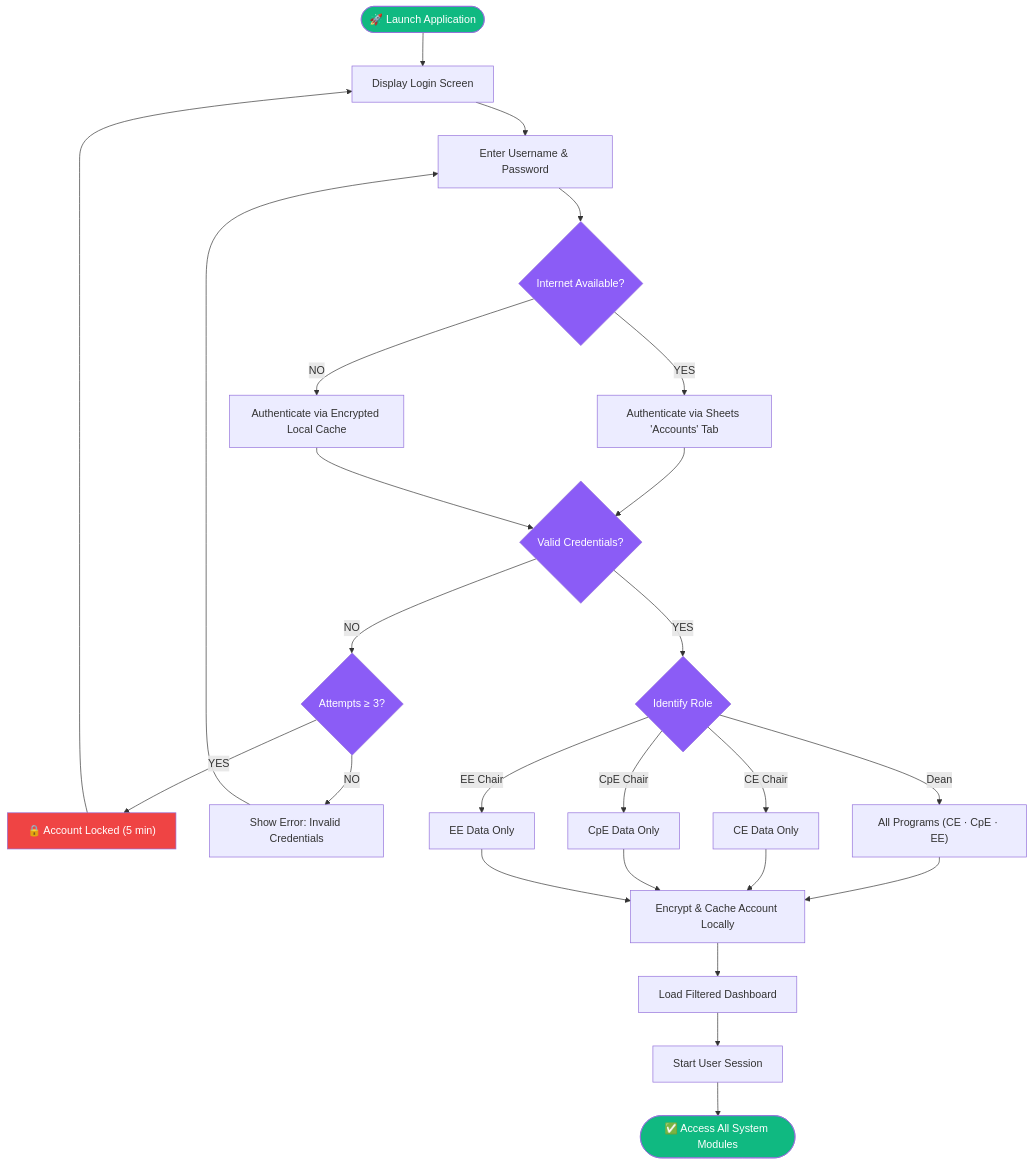
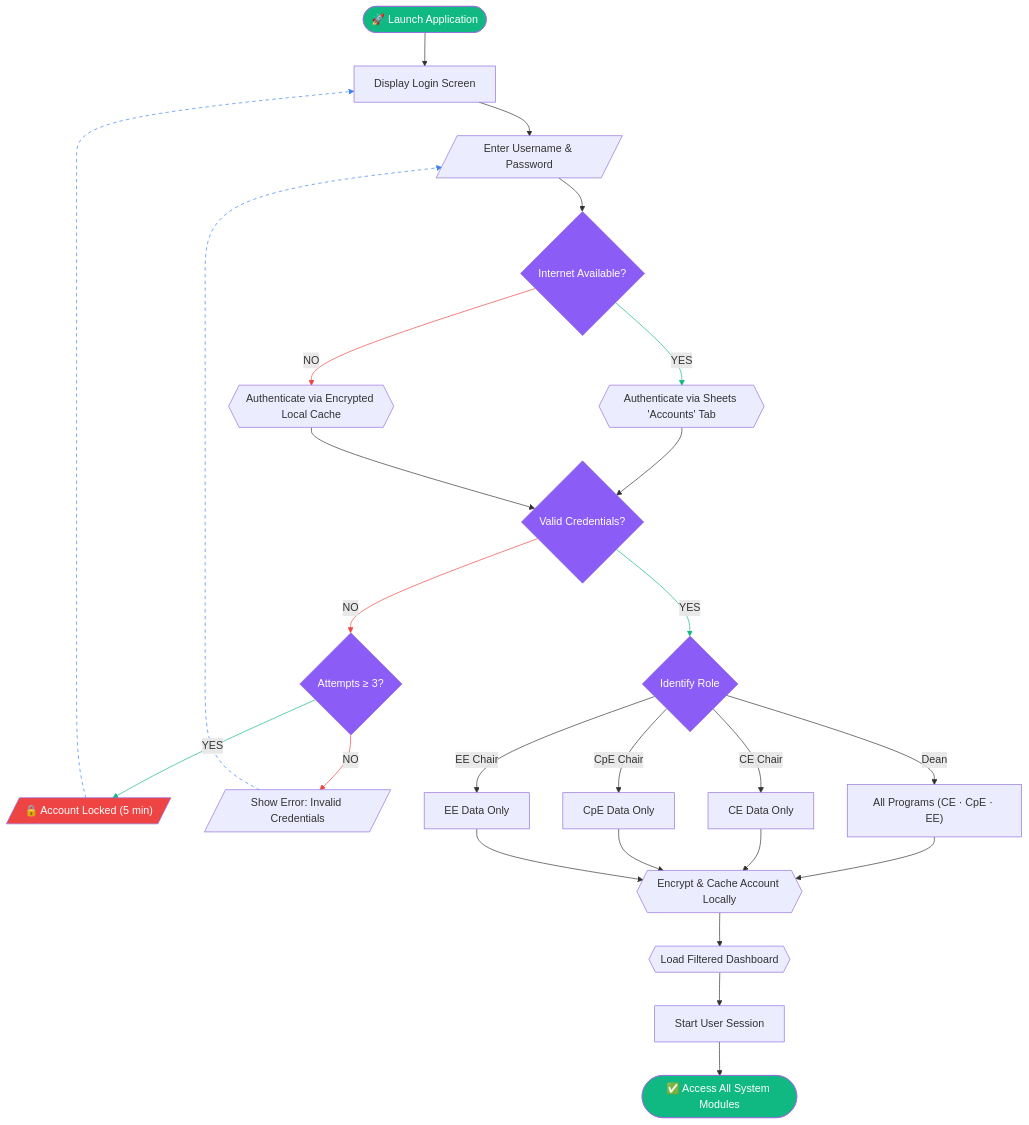
One commit to rakuya-khun/alumni-db changed the second of 10 diagrams in docs/technical/alumni-db-flowcharts.md. Above: the diagram before and after it, drawn with Mermaid. The commit also changed other lines of this file, not shown here.

Commit message:
docs: flowchart mermaid markdown shape adjustment

````diff
--- a/docs/technical/alumni-db-flowcharts.md
+++ b/docs/technical/alumni-db-flowcharts.md
@@ -91,32 +96,40 @@
 ```mermaid
 flowchart TD
     A([🚀 Launch Application]) --> B[Display Login Screen]
-    B --> C["Enter Username & Password"]
+    B --> C[/"Enter Username & Password"/]
     C --> D{Internet Available?}
-    D -- YES --> E["Authenticate via Sheets 'Accounts' Tab"]
-    D -- NO --> F["Authenticate via Encrypted Local Cache"]
+    D -- YES --> E{{"Authenticate via Sheets 'Accounts' Tab"}}
+    D -- NO --> F{{"Authenticate via Encrypted Local Cache"}}
     E --> G{Valid Credentials?}
     F --> G
     G -- YES --> H{Identify Role}
     G -- NO --> I{Attempts ≥ 3?}
-    I -- YES --> J["🔒 Account Locked (5 min)"]
+    I -- YES --> J[/"🔒 Account Locked (5 min)"/]
     J --> B
-    I -- NO --> K["Show Error: Invalid Credentials"]
+    I -- NO --> K[/"Show Error: Invalid Credentials"/]
     K --> C
     H -- Dean --> L["All Programs (CE · CpE · EE)"]
     H -- CE Chair --> M[CE Data Only]
     H -- CpE Chair --> N[CpE Data Only]
     H -- EE Chair --> O[EE Data Only]
-    L & M & N & O --> P["Encrypt & Cache Account Locally"]
-    P --> Q[Load Filtered Dashboard]
+    L & M & N & O --> P{{"Encrypt & Cache Account Locally"}}
+    P --> Q{{"Load Filtered Dashboard"}}
     Q --> R[Start User Session]
     R --> S([✅ Access All System Modules])
 
     style A fill:#10b981,color:#fff
     style S fill:#10b981,color:#fff
     style J fill:#ef4444,color:#fff
     style G fill:#8b5cf6,color:#fff
     style H fill:#8b5cf6,color:#fff
     style I fill:#8b5cf6,color:#fff
     style D fill:#8b5cf6,color:#fff
+    linkStyle 3 stroke:#10b981
+    linkStyle 4 stroke:#ef4444
+    linkStyle 7 stroke:#10b981
+    linkStyle 8 stroke:#ef4444
+    linkStyle 9 stroke:#10b981
+    linkStyle 10 stroke:#3b82f6,stroke-dasharray:5
+    linkStyle 11 stroke:#ef4444
+    linkStyle 12 stroke:#3b82f6,stroke-dasharray:5
 ```
````
